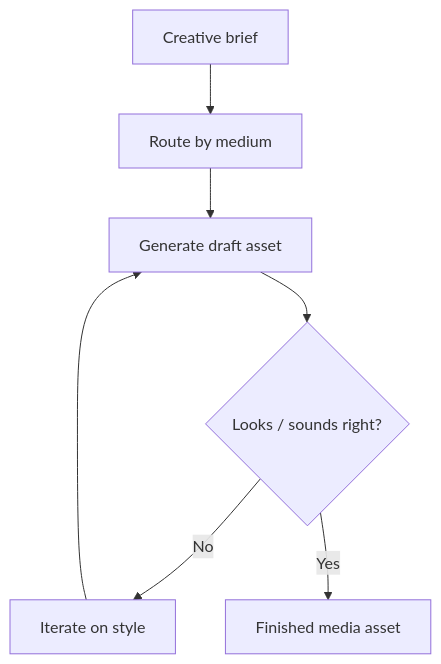
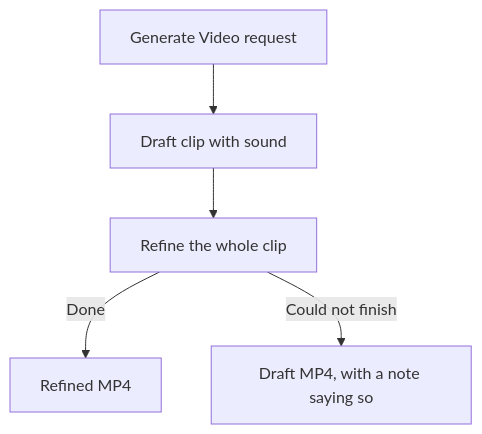
One commit to Beunec/beunec-site-staging changed the second of 2 diagrams in Beunec Docs/rivine agentic engines/rivine_creative.md. Above: the diagram before and after it, drawn with Mermaid. The commit also changed other lines of this file and 254 other files, not shown here.

````diff
--- a/Beunec Docs/rivine agentic engines/rivine_creative.md
+++ b/Beunec Docs/rivine agentic engines/rivine_creative.md
@@ -27,9 +36,7 @@
 ```mermaid
 flowchart TD
-    A[Creative brief] --> B[Route by medium]
-    B --> C[Generate draft asset]
-    C --> D{Looks / sounds right?}
-    D -->|No| E[Iterate on style]
-    E --> C
-    D -->|Yes| F[Finished media asset]
+    A[Generate Video request] --> B[Draft clip with sound]
+    B --> C[Refine the whole clip]
+    C -->|Done| D[Refined MP4]
+    C -->|Could not finish| E[Draft MP4, with a note saying so]
 ```
````
